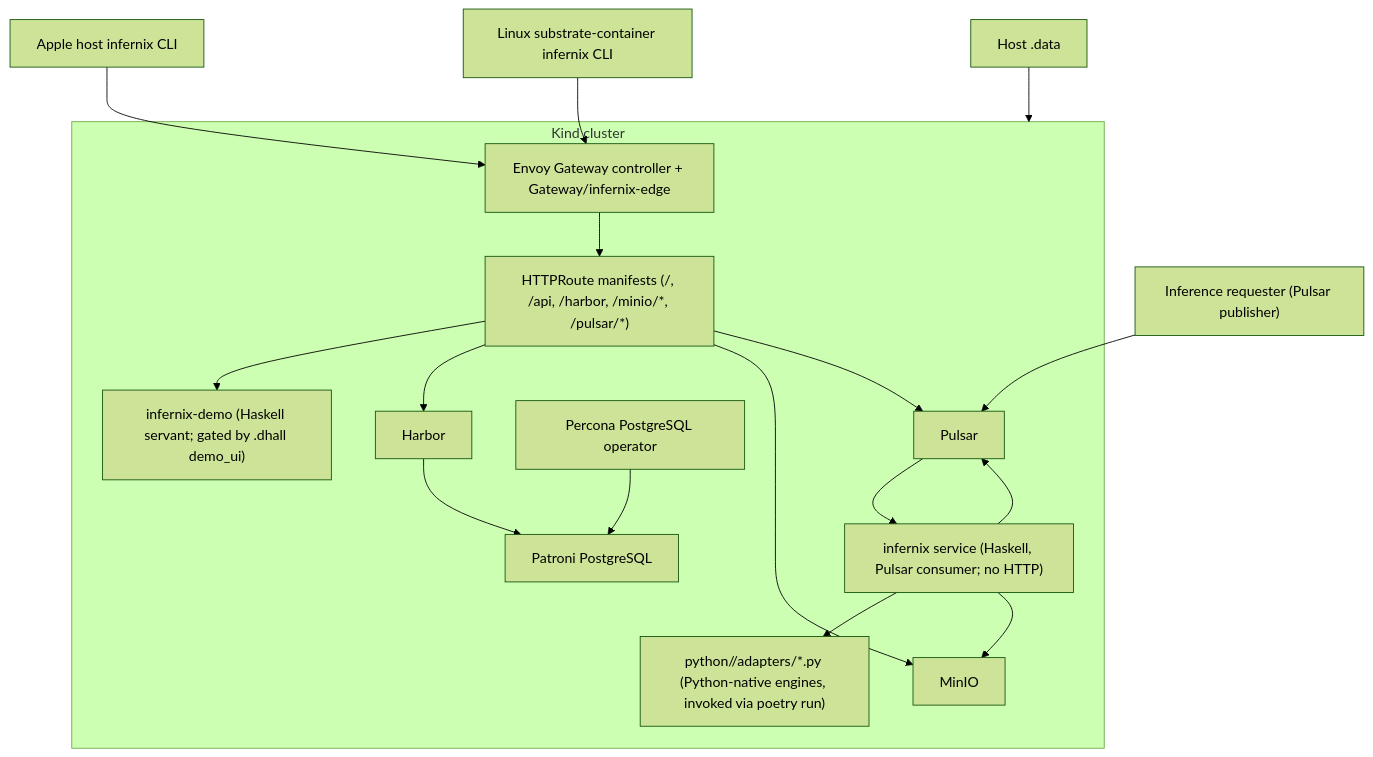
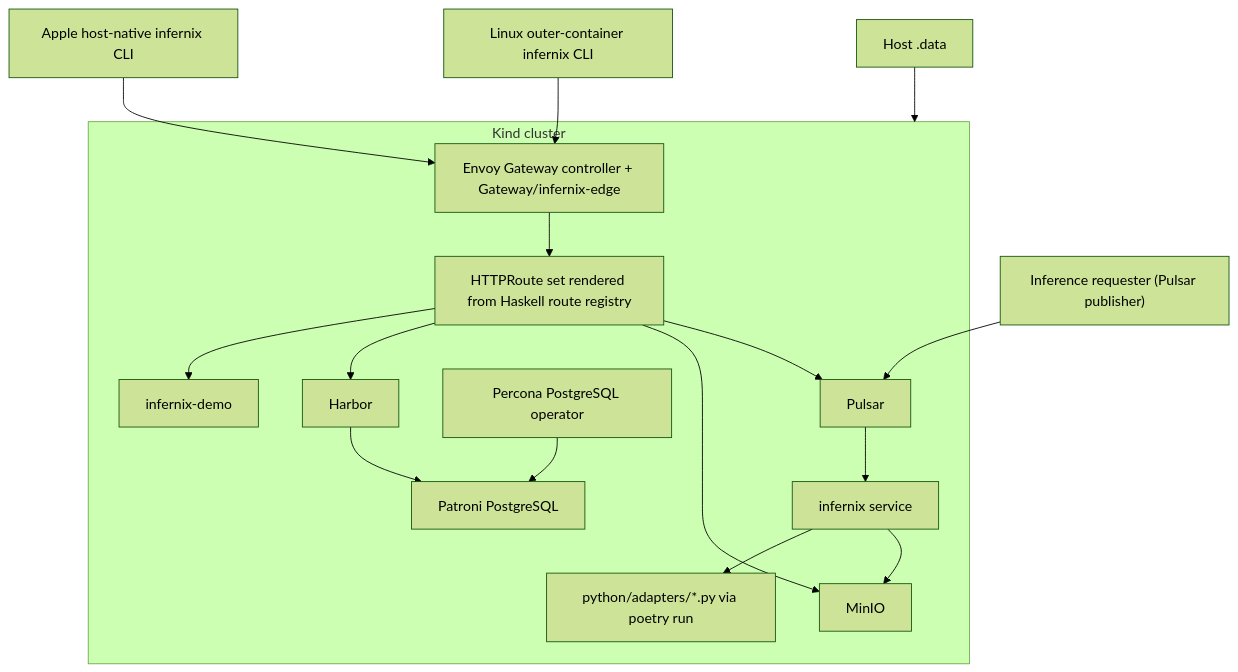
Before and after one commit to Tuee22/infernix: the diagram in DEVELOPMENT_PLAN/00-overview.md, drawn with Mermaid (forest theme). The commit also changed other lines of this file and 25 other files, not shown here.

````diff
--- a/DEVELOPMENT_PLAN/00-overview.md
+++ b/DEVELOPMENT_PLAN/00-overview.md
@@ -107,36 +70,35 @@
 ```mermaid
 flowchart TB
-    apple["Apple host infernix CLI"]
-    linux["Linux substrate-container infernix CLI"]
+    apple["Apple host-native infernix CLI"]
+    linux["Linux outer-container infernix CLI"]
     data["Host .data"]
-    pulsarClient["Inference requester (Pulsar publisher)"]
+    requester["Inference requester (Pulsar publisher)"]
 
     subgraph kind["Kind cluster"]
-        envoy["Envoy Gateway controller + Gateway/infernix-edge"]
-        routes["HTTPRoute manifests (/, /api, /harbor, /minio/*, /pulsar/*)"]
-        demo["infernix-demo (Haskell servant; gated by .dhall demo_ui)"]
-        service["infernix service (Haskell, Pulsar consumer; no HTTP)"]
-        adapters["python/<substrate>/adapters/*.py (Python-native engines, invoked via poetry run)"]
+        gateway["Envoy Gateway controller + Gateway/infernix-edge"]
+        routes["HTTPRoute set rendered from Haskell route registry"]
+        demo["infernix-demo"]
+        service["infernix service"]
+        adapters["python/adapters/*.py via poetry run"]
         harbor["Harbor"]
         minio["MinIO"]
         pgop["Percona PostgreSQL operator"]
         postgres["Patroni PostgreSQL"]
         pulsar["Pulsar"]
     end
 
-    apple --> envoy
-    linux --> envoy
-    pulsarClient --> pulsar
-    envoy --> routes
+    apple --> gateway
+    linux --> gateway
+    requester --> pulsar
+    gateway --> routes
     routes --> demo
     routes --> harbor
     routes --> minio
     routes --> pulsar
-    harbor --> postgres
-    pgop --> postgres
     pulsar --> service
     service --> adapters
     service --> minio
-    service --> pulsar
+    harbor --> postgres
+    pgop --> postgres
     data --> kind
 ```
````
